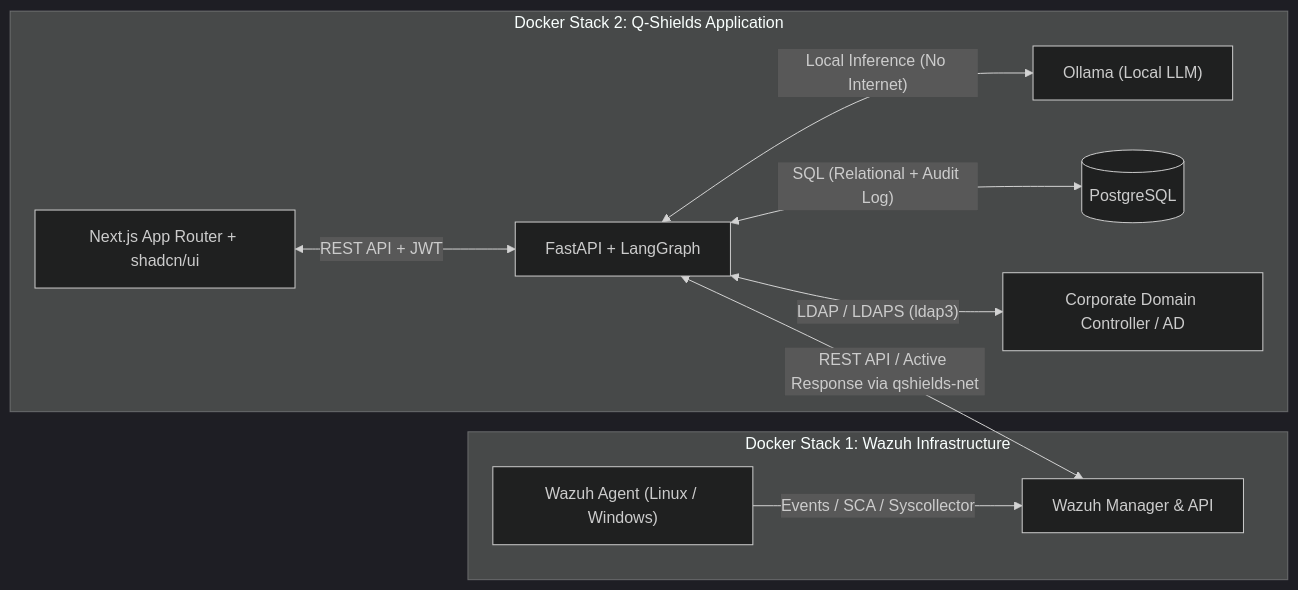
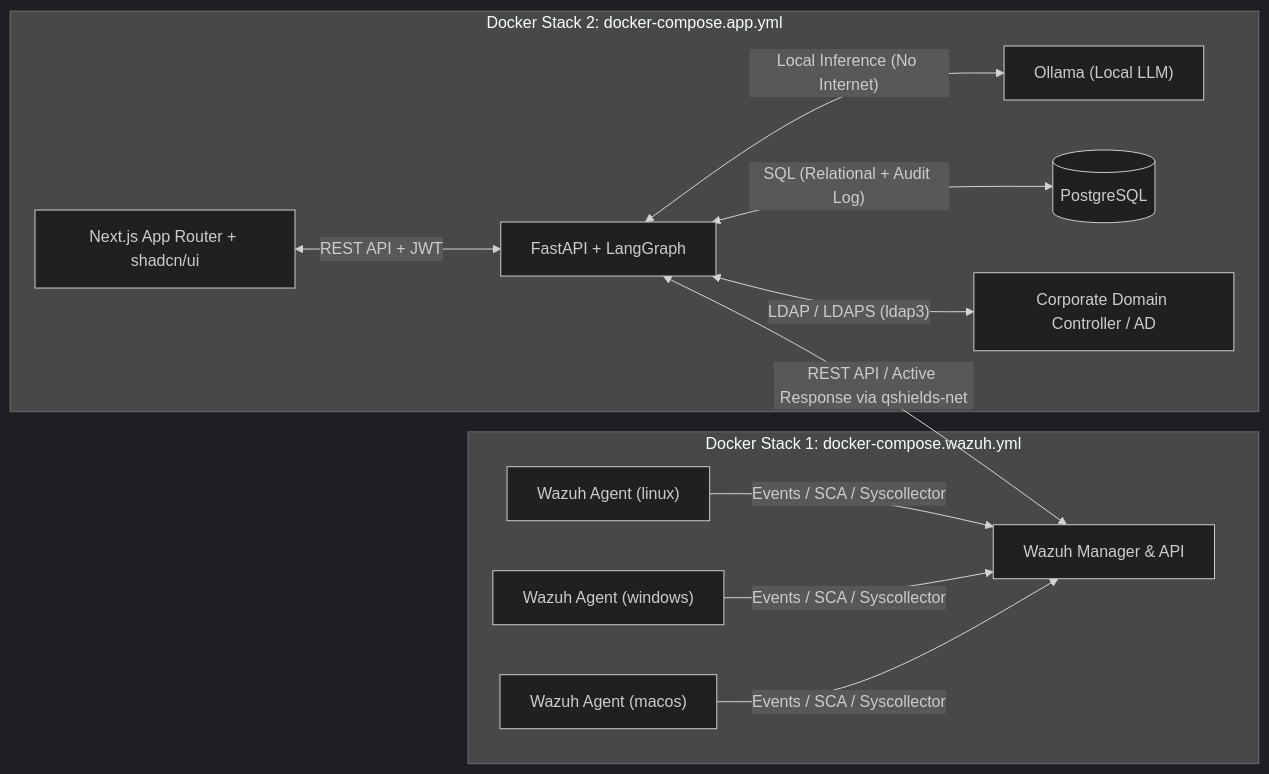
One commit to hardiyan46/Q-Shields changed the first of 5 diagrams in docs/PRD-Phase-1.md. Above: the diagram before and after it, drawn with Mermaid (dark theme). The commit also changed other lines of this file and 1 other file, not shown here.

Commit message:
docs: add PROJECT_SPEC.md and align PRD-Phase-1.md for linux, windows, and macos

````diff
--- a/docs/PRD-Phase-1.md
+++ b/docs/PRD-Phase-1.md
@@ -51,15 +53,17 @@
 ```mermaid
 flowchart LR
-    subgraph Wazuh_Stack ["Docker Stack 1: Wazuh Infrastructure"]
-        WA["Wazuh Agent (Linux / Windows)"] -->|"Events / SCA / Syscollector"| WM["Wazuh Manager & API"]
+    subgraph Wazuh_Stack ["Docker Stack 1: docker-compose.wazuh.yml"]
+        WA_L["Wazuh Agent (linux)"] -->|"Events / SCA / Syscollector"| WM["Wazuh Manager & API"]
+        WA_W["Wazuh Agent (windows)"] -->|"Events / SCA / Syscollector"| WM
+        WA_M["Wazuh Agent (macos)"] -->|"Events / SCA / Syscollector"| WM
     end
 
-    subgraph QShields_Stack ["Docker Stack 2: Q-Shields Application"]
+    subgraph QShields_Stack ["Docker Stack 2: docker-compose.app.yml"]
         FE["Next.js App Router + shadcn/ui"] <-->|"REST API + JWT"| BE["FastAPI + LangGraph"]
         BE <-->|"Local Inference (No Internet)"| OLL["Ollama (Local LLM)"]
         BE <-->|"SQL (Relational + Audit Log)"| PG[("PostgreSQL")]
         BE <-->|"LDAP / LDAPS (ldap3)"| DC["Corporate Domain Controller / AD"]
     end
 
     BE <-->|"REST API / Active Response via qshields-net"| WM
 ```
````
